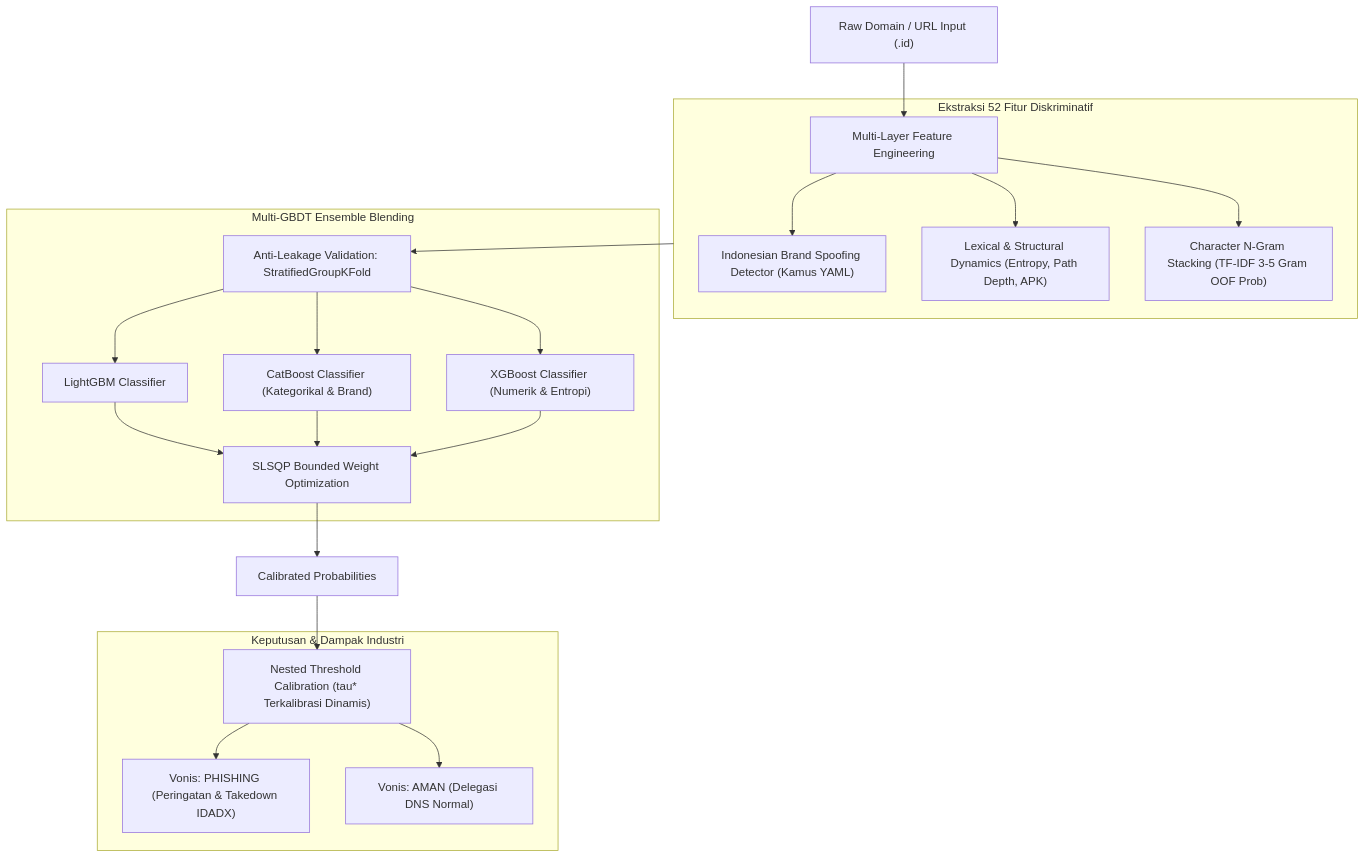
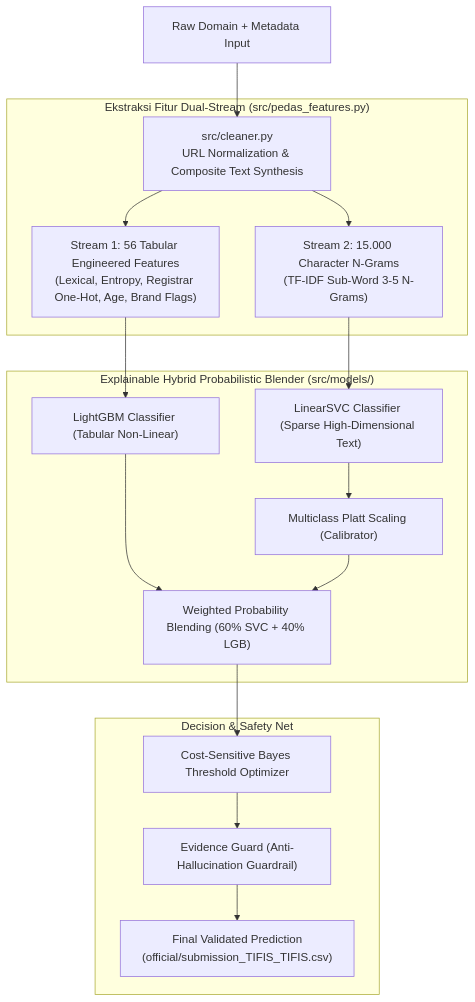
Before and after one commit to caerdfasgrae/PEDAS-2026: the diagram in README.md, drawn with Mermaid. The commit also changed other lines of this file and 29 other files, not shown here.

Commit message:
refactor: clean repository architecture, archive legacy exploration modules, and add live verification tools

````diff
--- a/README.md
+++ b/README.md
@@ -64,27 +80,22 @@
 ```mermaid
 flowchart TD
-    A["Raw Domain / URL Input (.id)"] --> B["Multi-Layer Feature Engineering"]
+    A["Raw Domain + Metadata Input"] --> B["src/cleaner.py<br/>URL Normalization & Composite Text Synthesis"]
     
-    subgraph FE ["Ekstraksi 52 Fitur Diskriminatif"]
-        B --> B1["Indonesian Brand Spoofing Detector (Kamus YAML)"]
-        B --> B2["Lexical & Structural Dynamics (Entropy, Path Depth, APK)"]
-        B --> B3["Character N-Gram Stacking (TF-IDF 3-5 Gram OOF Prob)"]
+    subgraph FE ["Ekstraksi Fitur Dual-Stream (src/pedas_features.py)"]
+        B --> B1["Stream 1: 56 Tabular Engineered Features<br/>(Lexical, Entropy, Registrar One-Hot, Age, Brand Flags)"]
+        B --> B2["Stream 2: 15.000 Character N-Grams<br/>(TF-IDF Sub-Word 3-5 N-Grams)"]
     end
     
-    FE --> C["Anti-Leakage Validation: StratifiedGroupKFold"]
-    
-    subgraph Modeling ["Multi-GBDT Ensemble Blending"]
-        C --> M1["LightGBM Classifier"]
-        C --> M2["CatBoost Classifier (Kategorikal & Brand)"]
-        C --> M3["XGBoost Classifier (Numerik & Entropi)"]
-        M1 & M2 & M3 --> D["SLSQP Bounded Weight Optimization"]
+    subgraph Blender ["Explainable Hybrid Probabilistic Blender (src/models/)"]
+        B1 --> M1["LightGBM Classifier (Tabular Non-Linear)"]
+        B2 --> M2["LinearSVC Classifier (Sparse High-Dimensional Text)"]
+        M2 --> CAL["Multiclass Platt Scaling (Calibrator)"]
+        M1 & CAL --> COMB["Weighted Probability Blending (60% SVC + 40% LGB)"]
     end
     
-    D --> E["Calibrated Probabilities"]
-    E --> F["Nested Threshold Calibration (tau* Terkalibrasi Dinamis)"]
-    
-    subgraph Decision ["Keputusan & Dampak Industri"]
-        F --> G1["Vonis: PHISHING (Peringatan & Takedown IDADX)"]
-        F --> G2["Vonis: AMAN (Delegasi DNS Normal)"]
+    subgraph DecisionEngine ["Decision & Safety Net"]
+        COMB --> THRESH["Cost-Sensitive Bayes Threshold Optimizer"]
+        THRESH --> GUARD["Evidence Guard (Anti-Hallucination Guardrail)"]
+        GUARD --> OUT["Final Validated Prediction<br/>(official/submission_TIFIS_TIFIS.csv)"]
     end
 ```
````
